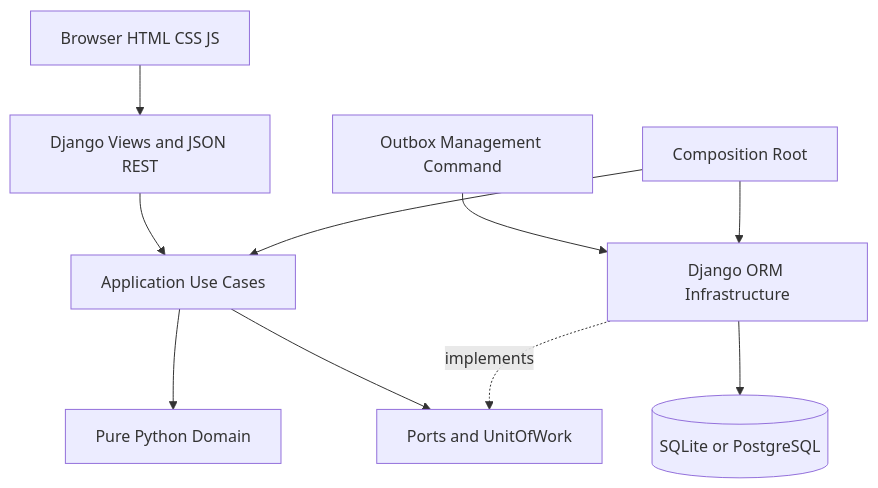
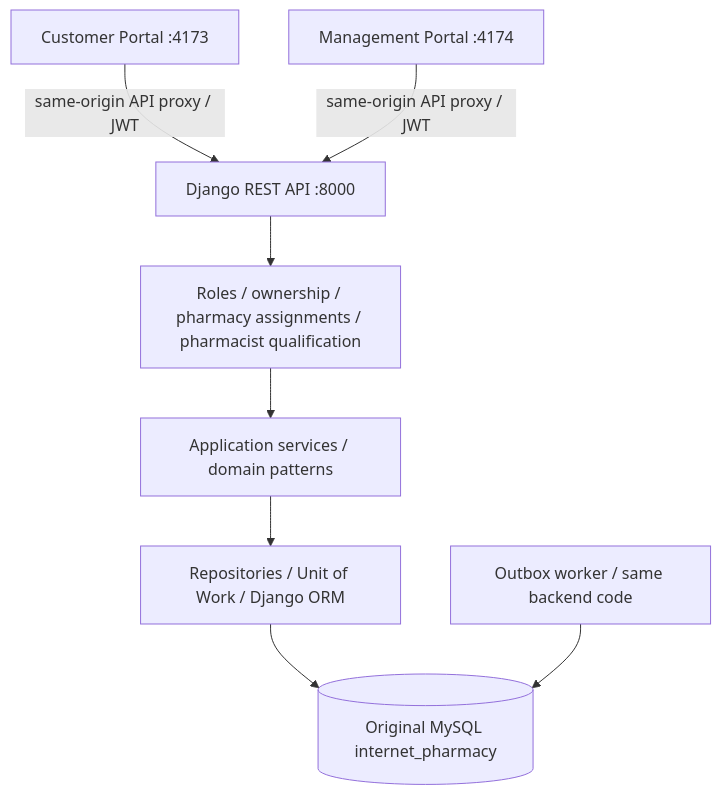
The diagram in docs/diagrams/architecture/source/system-components.mmd (petro-fedyk/software-doc-design-project), drawn with Mermaid before and after one commit. The commit also changed 53 other files, not shown here.

```diff
--- a/docs/diagrams/architecture/source/system-components.mmd
+++ b/docs/diagrams/architecture/source/system-components.mmd
@@ -1,10 +1,8 @@
-flowchart TB
-  B[Browser HTML CSS JS] --> V[Django Views and JSON REST]
-  V --> A[Application Use Cases]
-  A --> D[Pure Python Domain]
-  A --> P[Ports and UnitOfWork]
-  I[Django ORM Infrastructure] -. implements .-> P
-  I --> DB[(SQLite or PostgreSQL)]
-  W[Outbox Management Command] --> I
-  C[Composition Root] --> A
-  C --> I
+flowchart TD
+  Customer[Customer Portal :4173] -->|same-origin API proxy / JWT| API[Django REST API :8000]
+  Management[Management Portal :4174] -->|same-origin API proxy / JWT| API
+  API --> RBAC[Roles / ownership / pharmacy assignments / pharmacist qualification]
+  RBAC --> Services[Application services / domain patterns]
+  Services --> UOW[Repositories / Unit of Work / Django ORM]
+  UOW --> DB[(Original MySQL internet_pharmacy)]
+  Worker[Outbox worker / same backend code] --> DB
```
